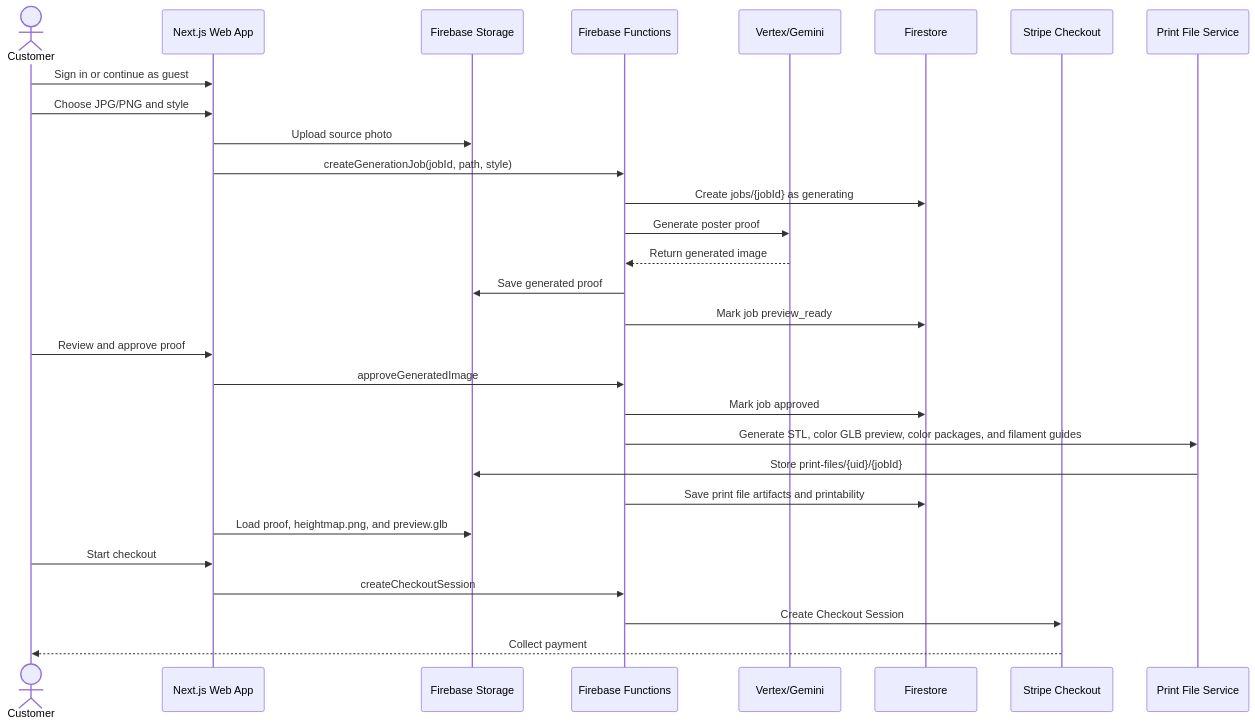
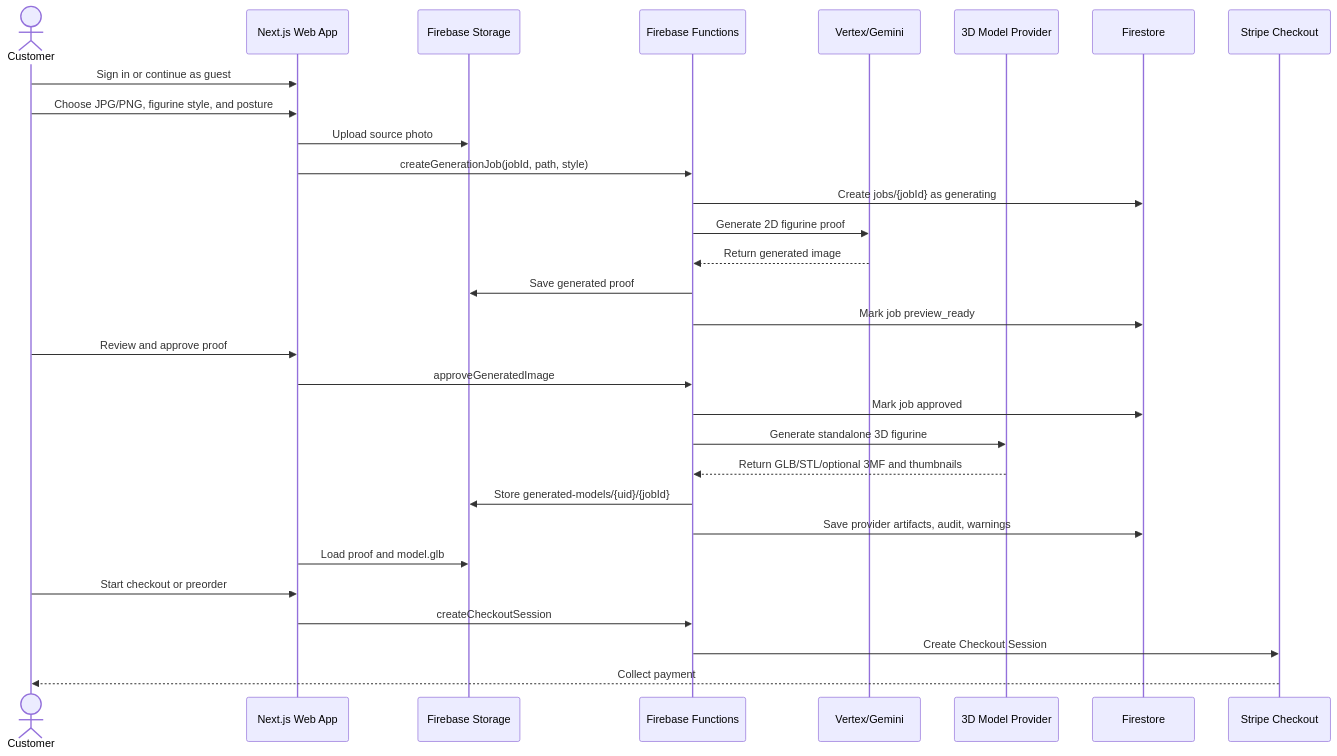
One commit to KielRN/3dprintposters changed the second of 3 diagrams in README.md. Above: the diagram before and after it, drawn with Mermaid. The commit also changed other lines of this file and 21 other files, not shown here.

````diff
--- a/README.md
+++ b/README.md
@@ -72,32 +85,33 @@
 ```mermaid
 sequenceDiagram
   actor Customer
   participant Web as Next.js Web App
   participant Storage as Firebase Storage
   participant Fn as Firebase Functions
   participant AI as Vertex/Gemini
+  participant Model as 3D Model Provider
   participant DB as Firestore
   participant Stripe as Stripe Checkout
-  participant Print as Print File Service
 
   Customer->>Web: Sign in or continue as guest
-  Customer->>Web: Choose JPG/PNG and style
+  Customer->>Web: Choose JPG/PNG, figurine style, and posture
   Web->>Storage: Upload source photo
   Web->>Fn: createGenerationJob(jobId, path, style)
   Fn->>DB: Create jobs/{jobId} as generating
-  Fn->>AI: Generate poster proof
+  Fn->>AI: Generate 2D figurine proof
   AI-->>Fn: Return generated image
   Fn->>Storage: Save generated proof
   Fn->>DB: Mark job preview_ready
   Customer->>Web: Review and approve proof
   Web->>Fn: approveGeneratedImage
   Fn->>DB: Mark job approved
-  Fn->>Print: Generate STL, color GLB preview, color packages, and filament guides
-  Print->>Storage: Store print-files/{uid}/{jobId}
-  Fn->>DB: Save print file artifacts and printability
-  Web->>Storage: Load proof, heightmap.png, and preview.glb
-  Customer->>Web: Start checkout
+  Fn->>Model: Generate standalone 3D figurine
+  Model-->>Fn: Return GLB/STL/optional 3MF and thumbnails
+  Fn->>Storage: Store generated-models/{uid}/{jobId}
+  Fn->>DB: Save provider artifacts, audit, warnings
+  Web->>Storage: Load proof and model.glb
+  Customer->>Web: Start checkout or preorder
   Web->>Fn: createCheckoutSession
   Fn->>Stripe: Create Checkout Session
   Stripe-->>Customer: Collect payment
 ```
````
